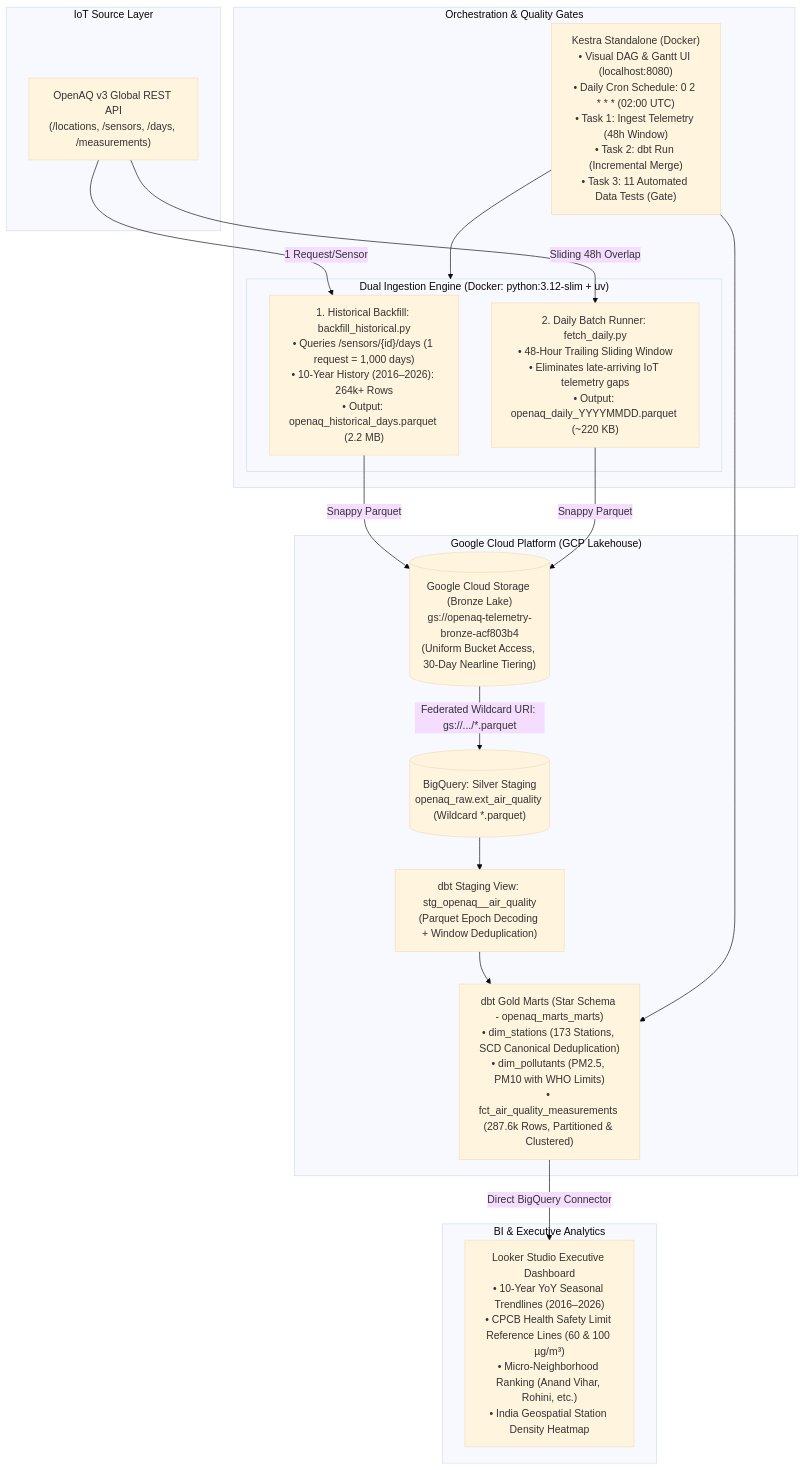
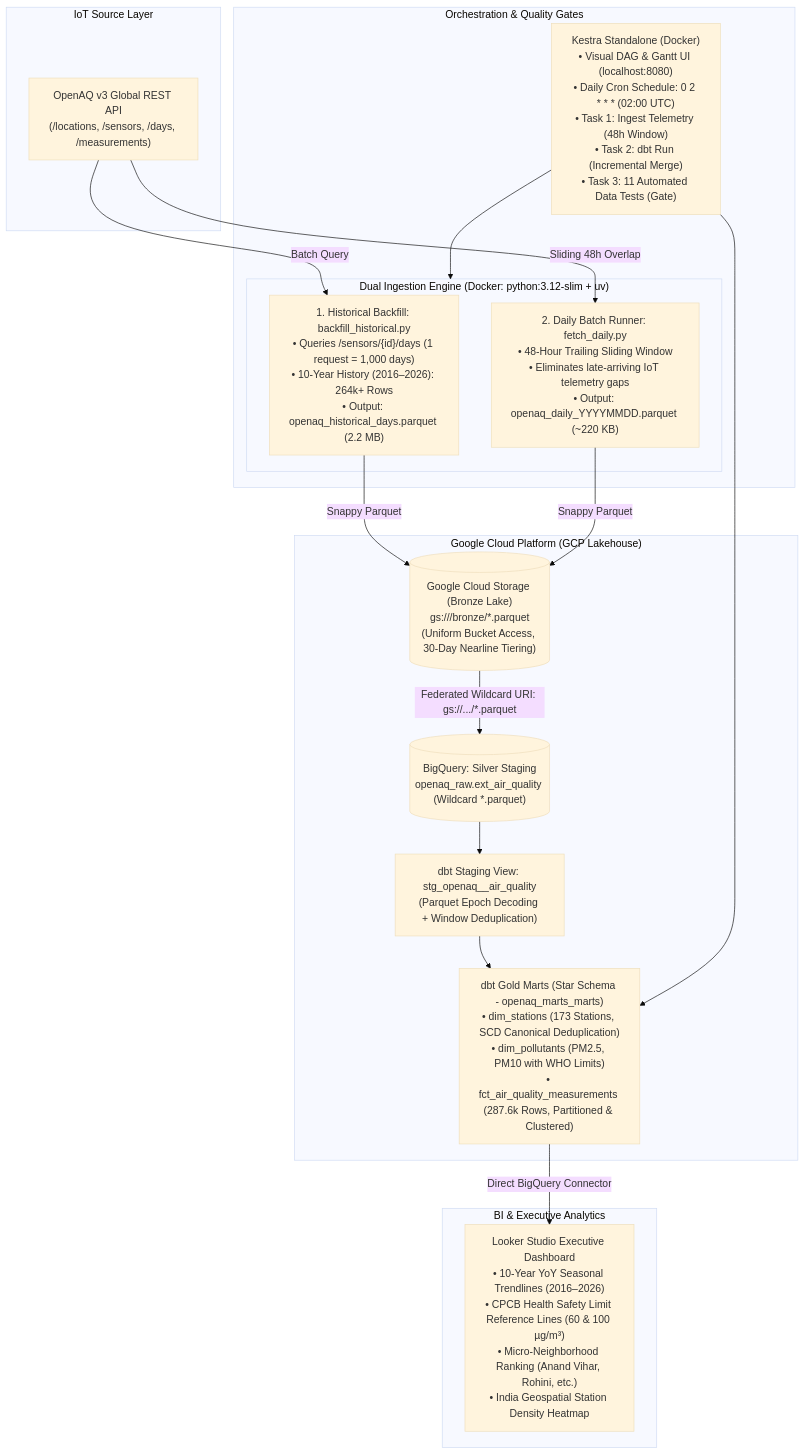
Before and after one commit to YaadiY/OPEN-AQ-Telemetry-Platform: the diagram in README.md, drawn with Mermaid (base theme). The commit also changed other lines of this file and 5 other files, not shown here.

Commit message:
docs: sanitize repository for public showcase, add docs/ architecture and data dictionary

````diff
--- a/README.md
+++ b/README.md
@@ -17,38 +17,38 @@
 ```mermaid
 flowchart TD
     subgraph ExternalSources ["IoT Source Layer"]
         API["OpenAQ v3 Global REST API\n(/locations, /sensors, /days, /measurements)"]
     end
 
     subgraph DualIngestion ["Dual Ingestion Engine (Docker: python:3.12-slim + uv)"]
         Backfill["1. Historical Backfill: backfill_historical.py\n• Queries /sensors/{id}/days (1 request = 1,000 days)\n• 10-Year History (2016–2026): 264k+ Rows\n• Output: openaq_historical_days.parquet (2.2 MB)"]
         Incremental["2. Daily Batch Runner: fetch_daily.py\n• 48-Hour Trailing Sliding Window\n• Eliminates late-arriving IoT telemetry gaps\n• Output: openaq_daily_YYYYMMDD.parquet (~220 KB)"]
         
-        API -->|1 Request/Sensor| Backfill
+        API -->|Batch Query| Backfill
         API -->|Sliding 48h Overlap| Incremental
     end
 
     subgraph GoogleCloudPlatform ["Google Cloud Platform (GCP Lakehouse)"]
-        GCS[("Google Cloud Storage (Bronze Lake)\ngs://openaq-telemetry-bronze-acf803b4\n(Uniform Bucket Access, 30-Day Nearline Tiering)")]
+        GCS[("Google Cloud Storage (Bronze Lake)\ngs://<bucket-name>/bronze/*.parquet\n(Uniform Bucket Access, 30-Day Nearline Tiering)")]
         BQ_Ext[("BigQuery: Silver Staging\nopenaq_raw.ext_air_quality (Wildcard *.parquet)")]
         dbt_stg["dbt Staging View: stg_openaq__air_quality\n(Parquet Epoch Decoding + Window Deduplication)"]
         dbt_marts["dbt Gold Marts (Star Schema - openaq_marts_marts)\n• dim_stations (173 Stations, SCD Canonical Deduplication)\n• dim_pollutants (PM2.5, PM10 with WHO Limits)\n• fct_air_quality_measurements (287.6k Rows, Partitioned & Clustered)"]
         
         Backfill -->|Snappy Parquet| GCS
         Incremental -->|Snappy Parquet| GCS
         GCS -->|Federated Wildcard URI: gs://.../*.parquet| BQ_Ext
         BQ_Ext --> dbt_stg
         dbt_stg --> dbt_marts
     end
 
     subgraph OrchestrationLayer ["Orchestration & Quality Gates"]
         Kestra["Kestra Standalone (Docker)\n• Visual DAG & Gantt UI (localhost:8080)\n• Daily Cron Schedule: 0 2 * * * (02:00 UTC)\n• Task 1: Ingest Telemetry (48h Window)\n• Task 2: dbt Run (Incremental Merge)\n• Task 3: 11 Automated Data Tests (Gate)"]
         Kestra --> DualIngestion
         Kestra --> dbt_marts
     end
 
     subgraph BusinessIntelligence ["BI & Executive Analytics"]
         Looker["Looker Studio Executive Dashboard\n• 10-Year YoY Seasonal Trendlines (2016–2026)\n• CPCB Health Safety Limit Reference Lines (60 & 100 µg/m³)\n• Micro-Neighborhood Ranking (Anand Vihar, Rohini, etc.)\n• India Geospatial Station Density Heatmap"]
         dbt_marts -->|Direct BigQuery Connector| Looker
     end
 ```
````
